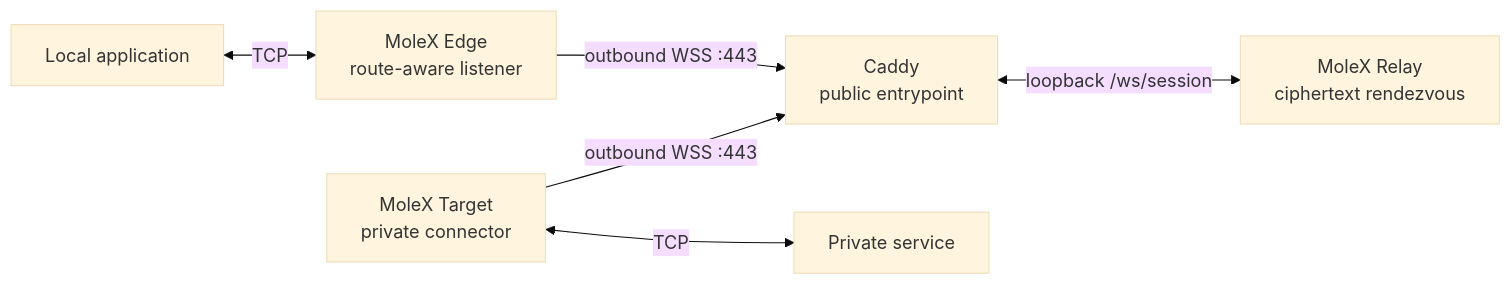
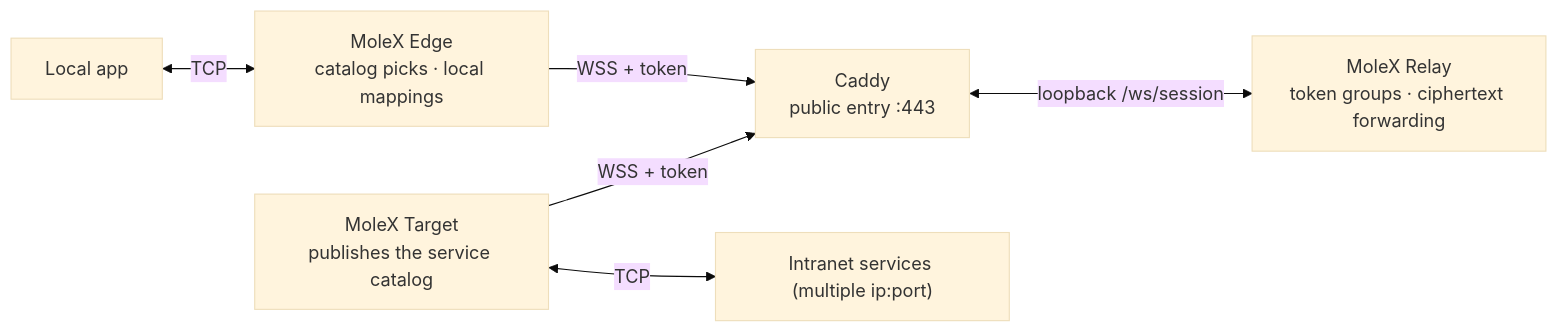
Before and after one commit to suifei/molex: the diagram in README.en.md, drawn with Mermaid (base theme). The commit also changed other lines of this file and 71 other files, not shown here.

First line of the commit message:
Release MoleX v0.4.0 with the v2 token-group architecture.

````diff
--- a/README.en.md
+++ b/README.en.md
@@ -80,8 +53,8 @@
 ```mermaid
 flowchart LR
-    App["Local application"] <-->|"TCP"| Edge["MoleX Edge<br/>route-aware listener"]
-    Edge -->|"outbound WSS :443"| Caddy["Caddy<br/>public entrypoint"]
-    Caddy <-->|"loopback /ws/session"| Relay["MoleX Relay<br/>ciphertext rendezvous"]
-    Target["MoleX Target<br/>private connector"] -->|"outbound WSS :443"| Caddy
-    Target <-->|"TCP"| Service["Private service"]
+    App["Local app"] <-->|"TCP"| Edge["MoleX Edge<br/>catalog picks · local mappings"]
+    Edge -->|"WSS + token"| Caddy["Caddy<br/>public entry :443"]
+    Caddy <-->|"loopback /ws/session"| Relay["MoleX Relay<br/>token groups · ciphertext forwarding"]
+    Target["MoleX Target<br/>publishes the service catalog"] -->|"WSS + token"| Caddy
+    Target <-->|"TCP"| Service["Intranet services (multiple ip:port)"]
 ```
````
